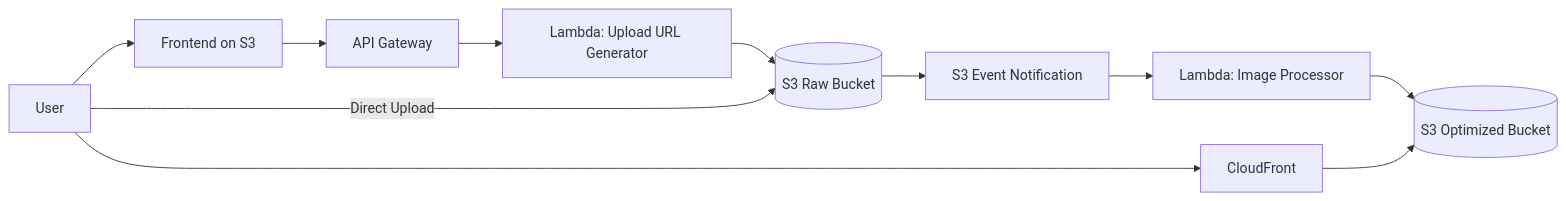
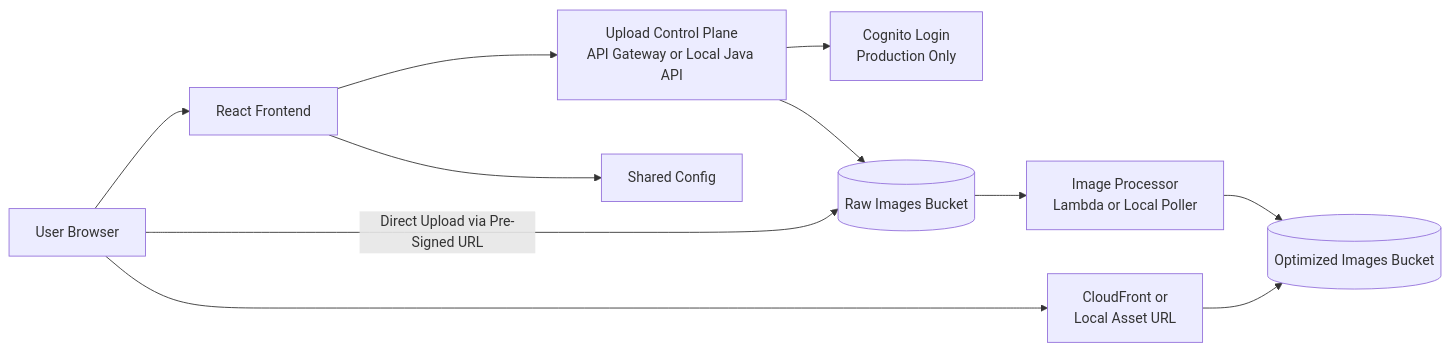
The diagram in serverless-content-delivery-docs/diagrams/architecture-overview.md (preet7777777/serverless-content-delievery), drawn with Mermaid before and after one commit. The commit also changed other lines of this file and 78 other files, not shown here.

````diff
--- a/serverless-content-delivery-docs/diagrams/architecture-overview.md
+++ b/serverless-content-delivery-docs/diagrams/architecture-overview.md
@@ -3,13 +5,23 @@
 ```mermaid
 flowchart LR
-    U[User] --> FE[Frontend on S3]
-    FE --> APIG[API Gateway]
-    APIG --> L1[Lambda: Upload URL Generator]
-    L1 --> S3R[(S3 Raw Bucket)]
-    U -->|Direct Upload| S3R
-    S3R --> EVT[S3 Event Notification]
-    EVT --> L2[Lambda: Image Processor]
-    L2 --> S3O[(S3 Optimized Bucket)]
-    U --> CF[CloudFront]
-    CF --> S3O
+    U[User Browser]
+    FE[React Frontend]
+    API[Upload Control Plane<br/>API Gateway or Local Java API]
+    AUTH[Cognito Login<br/>Production Only]
+    RAW[(Raw Images Bucket)]
+    PROC[Image Processor<br/>Lambda or Local Poller]
+    OPT[(Optimized Images Bucket)]
+    CDN[CloudFront or<br/>Local Asset URL]
+    CFG[Shared Config]
+
+    U --> FE
+    FE --> CFG
+    FE --> API
+    API --> AUTH
+    API --> RAW
+    U -->|Direct Upload via Pre-Signed URL| RAW
+    RAW --> PROC
+    PROC --> OPT
+    U --> CDN
+    CDN --> OPT
 ```
````
